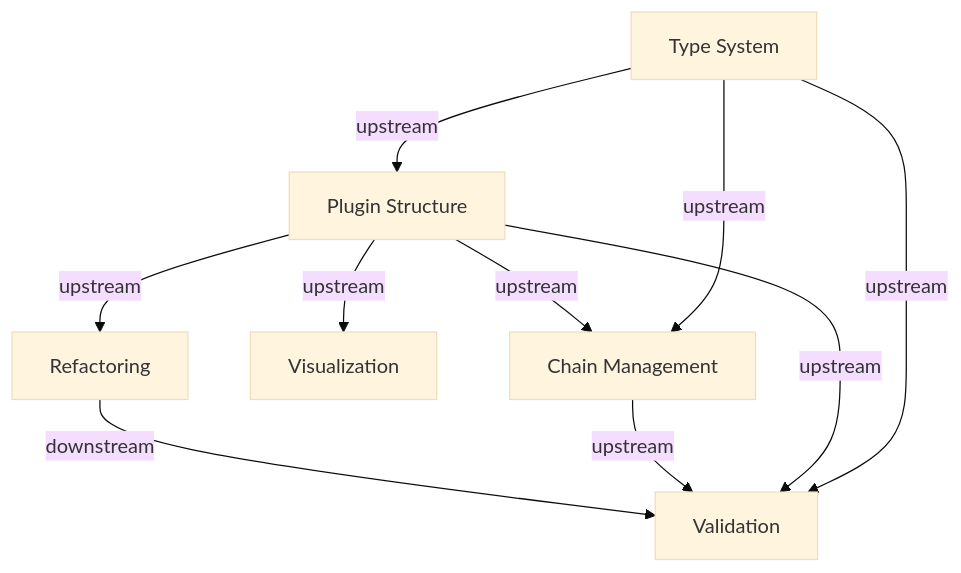
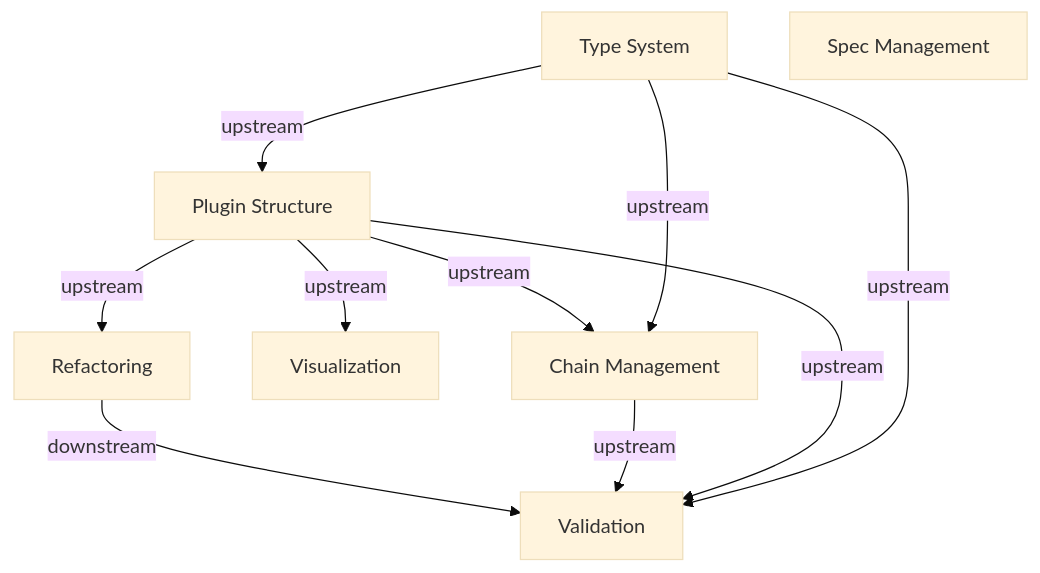
One commit to shuu5/twill changed the second of 2 diagrams in cli/twl/architecture/domain/model.md. Above: the diagram before and after it, drawn with Mermaid (base theme). The commit also changed other lines of this file and 9 other files, not shown here.

First line of the commit message:
docs(twl): architecture spec for deltaspec merge + package restructure

````diff
--- a/cli/twl/architecture/domain/model.md
+++ b/cli/twl/architecture/domain/model.md
@@ -89,19 +111,20 @@
 ```mermaid
 flowchart TD
     TS[Type System]
     PS[Plugin Structure]
     CM[Chain Management]
     V[Validation]
     VZ[Visualization]
     R[Refactoring]
+    SM[Spec Management]
 
     TS -->|upstream| PS
     TS -->|upstream| CM
     TS -->|upstream| V
     PS -->|upstream| CM
     PS -->|upstream| V
     PS -->|upstream| VZ
     PS -->|upstream| R
     CM -->|upstream| V
     R -->|downstream| V
 ```
````
